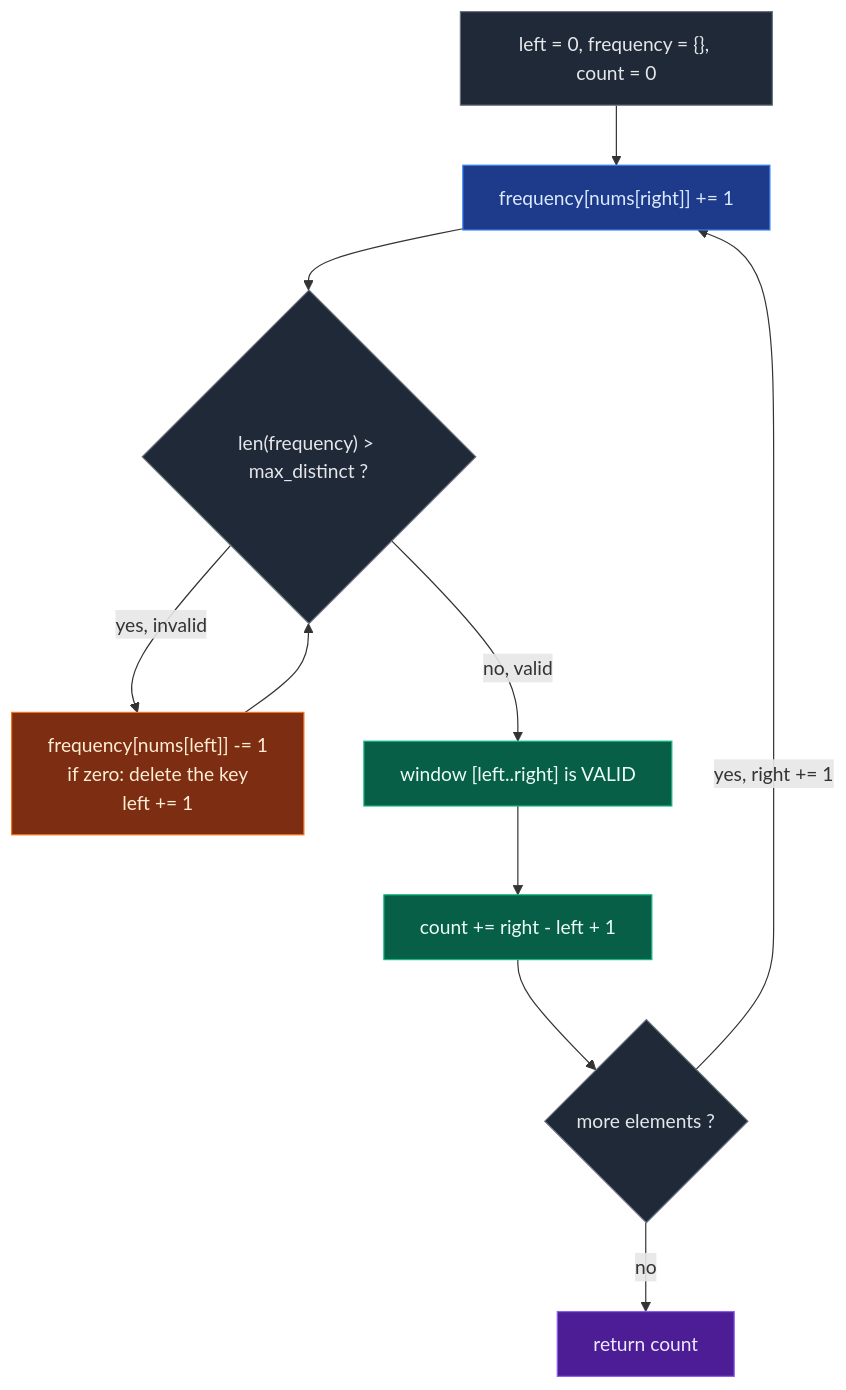
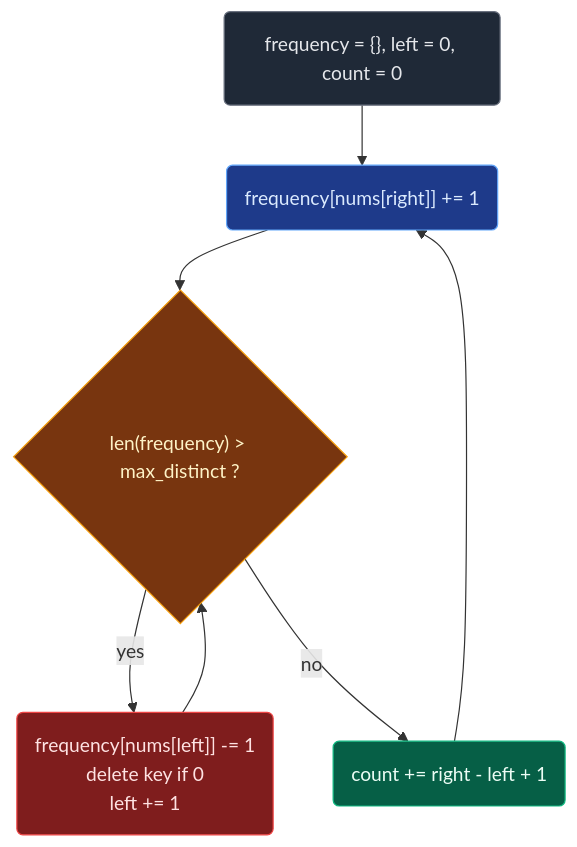
One commit to ajay-nikumbh/dsa-notes changed the fourth of 8 diagrams in 04. Sliding window/04. At Most Trick/03. 992. Subarrays with K Different Integers.md. Above: the diagram before and after it, drawn with Mermaid. The commit also changed other lines of this file, not shown here.

First line of the commit message:
Sliding Window 12: rewrite 992 Subarrays with K Different Integers

````diff
--- a/04. Sliding window/04. At Most Trick/03. 992. Subarrays with K Different Integers.md
+++ b/04. Sliding window/04. At Most Trick/03. 992. Subarrays with K Different Integers.md
@@ -120,29 +150,15 @@
 ```mermaid
 flowchart TD
-    A["left = 0, frequency = {}, count = 0"]:::start
-    B["frequency[nums[right]] += 1"]:::expand
-    C{"len(frequency) > max_distinct ?"}:::check
-    D["frequency[nums[left]] -= 1<br/>if zero: delete the key<br/>left += 1"]:::shrink
-    E["window [left..right] is VALID"]:::valid
-    F["count += right - left + 1"]:::calc
-    G{"more elements ?"}:::check
-    H["return count"]:::done
-
-    A --> B
-    B --> C
-    C -- "yes, invalid" --> D
+    A("frequency = {}, left = 0, count = 0"):::start --> B("frequency[nums[right]] += 1"):::expand
+    B --> C{"len(frequency) > max_distinct ?"}:::check
+    C -->|yes| D("frequency[nums[left]] -= 1<br/>delete key if 0<br/>left += 1"):::shrink
     D --> C
-    C -- "no, valid" --> E
-    E --> F
-    F --> G
-    G -- "yes, right += 1" --> B
-    G -- "no" --> H
+    C -->|no| F("count += right - left + 1"):::calc
+    F --> B
 
     classDef start fill:#1f2937,stroke:#6b7280,color:#e5e7eb
-    classDef expand fill:#1e3a8a,stroke:#3b82f6,color:#dbeafe
-    classDef shrink fill:#7c2d12,stroke:#f97316,color:#ffedd5
-    classDef check fill:#1f2937,stroke:#6b7280,color:#e5e7eb
-    classDef valid fill:#065f46,stroke:#10b981,color:#ecfdf5
+    classDef expand fill:#1e3a8a,stroke:#60a5fa,color:#dbeafe
+    classDef check fill:#78350f,stroke:#f59e0b,color:#fef3c7
+    classDef shrink fill:#7f1d1d,stroke:#ef4444,color:#fee2e2
     classDef calc fill:#065f46,stroke:#10b981,color:#ecfdf5
-    classDef done fill:#4c1d95,stroke:#8b5cf6,color:#ede9fe
 ```
````
